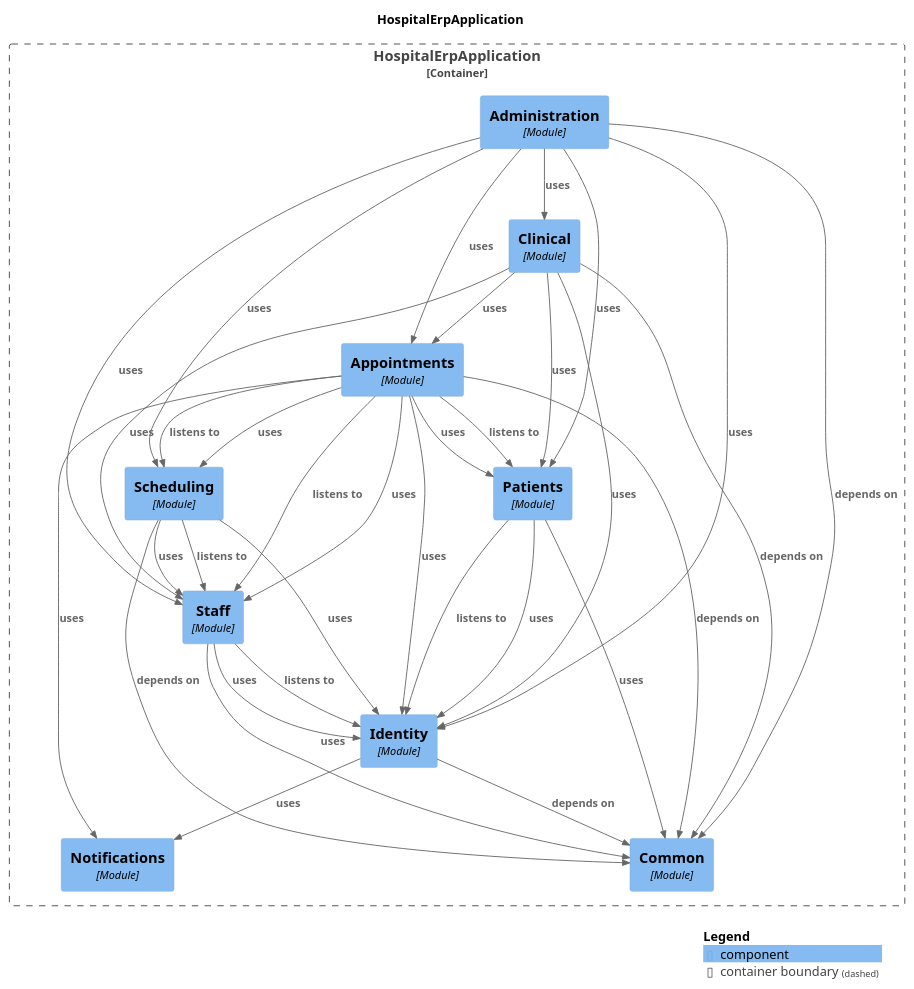
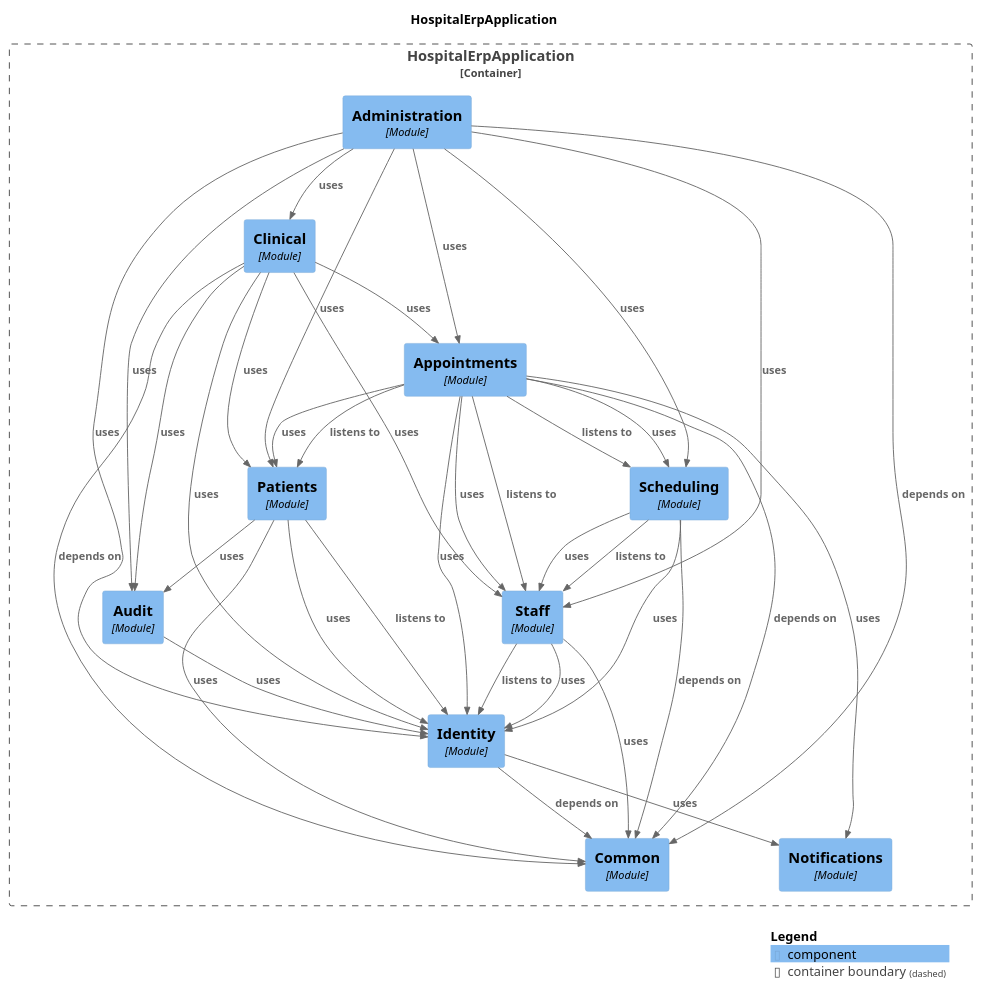
The diagram in docs/modules/components.puml (harshsharma5720/HospitalERP), drawn with PlantUML before and after one commit. The commit also changed 16 other files, not shown here.

```diff
--- a/docs/modules/components.puml
+++ b/docs/modules/components.puml
@@ -1,58 +1,63 @@
 @startuml
 set separator none
 title HospitalErpApplication
 
 top to bottom direction
 
 !include <C4/C4>
 !include <C4/C4_Context>
 !include <C4/C4_Component>
 
 Container_Boundary("HospitalErpApplication.HospitalErpApplication_boundary", "HospitalErpApplication", $tags="") {
+  Component(HospitalErpApplication.HospitalErpApplication.Appointments, "Appointments", $techn="Module", $descr="", $tags="", $link="")
   Component(HospitalErpApplication.HospitalErpApplication.Clinical, "Clinical", $techn="Module", $descr="", $tags="", $link="")
   Component(HospitalErpApplication.HospitalErpApplication.Administration, "Administration", $techn="Module", $descr="", $tags="", $link="")
   Component(HospitalErpApplication.HospitalErpApplication.Common, "Common", $techn="Module", $descr="", $tags="", $link="")
   Component(HospitalErpApplication.HospitalErpApplication.Notifications, "Notifications", $techn="Module", $descr="", $tags="", $link="")
   Component(HospitalErpApplication.HospitalErpApplication.Identity, "Identity", $techn="Module", $descr="", $tags="", $link="")
+  Component(HospitalErpApplication.HospitalErpApplication.Audit, "Audit", $techn="Module", $descr="", $tags="", $link="")
+  Component(HospitalErpApplication.HospitalErpApplication.Staff, "Staff", $techn="Module", $descr="", $tags="", $link="")
   Component(HospitalErpApplication.HospitalErpApplication.Patients, "Patients", $techn="Module", $descr="", $tags="", $link="")
-  Component(HospitalErpApplication.HospitalErpApplication.Staff, "Staff", $techn="Module", $descr="", $tags="", $link="")
   Component(HospitalErpApplication.HospitalErpApplication.Scheduling, "Scheduling", $techn="Module", $descr="", $tags="", $link="")
-  Component(HospitalErpApplication.HospitalErpApplication.Appointments, "Appointments", $techn="Module", $descr="", $tags="", $link="")
 }
 
-Rel(HospitalErpApplication.HospitalErpApplication.Identity, HospitalErpApplication.HospitalErpApplication.Common, "depends on", $techn="", $tags="", $link="")
-Rel(HospitalErpApplication.HospitalErpApplication.Identity, HospitalErpApplication.HospitalErpApplication.Notifications, "uses", $techn="", $tags="", $link="")
+Rel(HospitalErpApplication.HospitalErpApplication.Administration, HospitalErpApplication.HospitalErpApplication.Common, "depends on", $techn="", $tags="", $link="")
+Rel(HospitalErpApplication.HospitalErpApplication.Administration, HospitalErpApplication.HospitalErpApplication.Identity, "uses", $techn="", $tags="", $link="")
+Rel(HospitalErpApplication.HospitalErpApplication.Administration, HospitalErpApplication.HospitalErpApplication.Patients, "uses", $techn="", $tags="", $link="")
+Rel(HospitalErpApplication.HospitalErpApplication.Administration, HospitalErpApplication.HospitalErpApplication.Staff, "uses", $techn="", $tags="", $link="")
+Rel(HospitalErpApplication.HospitalErpApplication.Administration, HospitalErpApplication.HospitalErpApplication.Audit, "uses", $techn="", $tags="", $link="")
+Rel(HospitalErpApplication.HospitalErpApplication.Administration, HospitalErpApplication.HospitalErpApplication.Appointments, "uses", $techn="", $tags="", $link="")
+Rel(HospitalErpApplication.HospitalErpApplication.Administration, HospitalErpApplication.HospitalErpApplication.Clinical, "uses", $techn="", $tags="", $link="")
+Rel(HospitalErpApplication.HospitalErpApplication.Administration, HospitalErpApplication.HospitalErpApplication.Scheduling, "uses", $techn="", $tags="", $link="")
+Rel(HospitalErpApplication.HospitalErpApplication.Staff, HospitalErpApplication.HospitalErpApplication.Identity, "listens to", $techn="", $tags="", $link="")
+Rel(HospitalErpApplication.HospitalErpApplication.Staff, HospitalErpApplication.HospitalErpApplication.Identity, "uses", $techn="", $tags="", $link="")
+Rel(HospitalErpApplication.HospitalErpApplication.Staff, HospitalErpApplication.HospitalErpApplication.Common, "uses", $techn="", $tags="", $link="")
 Rel(HospitalErpApplication.HospitalErpApplication.Scheduling, HospitalErpApplication.HospitalErpApplication.Staff, "listens to", $techn="", $tags="", $link="")
 Rel(HospitalErpApplication.HospitalErpApplication.Scheduling, HospitalErpApplication.HospitalErpApplication.Common, "depends on", $techn="", $tags="", $link="")
 Rel(HospitalErpApplication.HospitalErpApplication.Scheduling, HospitalErpApplication.HospitalErpApplication.Staff, "uses", $techn="", $tags="", $link="")
 Rel(HospitalErpApplication.HospitalErpApplication.Scheduling, HospitalErpApplication.HospitalErpApplication.Identity, "uses", $techn="", $tags="", $link="")
+Rel(HospitalErpApplication.HospitalErpApplication.Identity, HospitalErpApplication.HospitalErpApplication.Common, "depends on", $techn="", $tags="", $link="")
+Rel(HospitalErpApplication.HospitalErpApplication.Identity, HospitalErpApplication.HospitalErpApplication.Notifications, "uses", $techn="", $tags="", $link="")
+Rel(HospitalErpApplication.HospitalErpApplication.Audit, HospitalErpApplication.HospitalErpApplication.Identity, "uses", $techn="", $tags="", $link="")
 Rel(HospitalErpApplication.HospitalErpApplication.Appointments, HospitalErpApplication.HospitalErpApplication.Staff, "listens to", $techn="", $tags="", $link="")
 Rel(HospitalErpApplication.HospitalErpApplication.Appointments, HospitalErpApplication.HospitalErpApplication.Patients, "listens to", $techn="", $tags="", $link="")
 Rel(HospitalErpApplication.HospitalErpApplication.Appointments, HospitalErpApplication.HospitalErpApplication.Scheduling, "listens to", $techn="", $tags="", $link="")
 Rel(HospitalErpApplication.HospitalErpApplication.Appointments, HospitalErpApplication.HospitalErpApplication.Common, "depends on", $techn="", $tags="", $link="")
 Rel(HospitalErpApplication.HospitalErpApplication.Appointments, HospitalErpApplication.HospitalErpApplication.Patients, "uses", $techn="", $tags="", $link="")
 Rel(HospitalErpApplication.HospitalErpApplication.Appointments, HospitalErpApplication.HospitalErpApplication.Staff, "uses", $techn="", $tags="", $link="")
 Rel(HospitalErpApplication.HospitalErpApplication.Appointments, HospitalErpApplication.HospitalErpApplication.Scheduling, "uses", $techn="", $tags="", $link="")
 Rel(HospitalErpApplication.HospitalErpApplication.Appointments, HospitalErpApplication.HospitalErpApplication.Identity, "uses", $techn="", $tags="", $link="")
 Rel(HospitalErpApplication.HospitalErpApplication.Appointments, HospitalErpApplication.HospitalErpApplication.Notifications, "uses", $techn="", $tags="", $link="")
-Rel(HospitalErpApplication.HospitalErpApplication.Administration, HospitalErpApplication.HospitalErpApplication.Common, "depends on", $techn="", $tags="", $link="")
-Rel(HospitalErpApplication.HospitalErpApplication.Administration, HospitalErpApplication.HospitalErpApplication.Identity, "uses", $techn="", $tags="", $link="")
-Rel(HospitalErpApplication.HospitalErpApplication.Administration, HospitalErpApplication.HospitalErpApplication.Patients, "uses", $techn="", $tags="", $link="")
-Rel(HospitalErpApplication.HospitalErpApplication.Administration, HospitalErpApplication.HospitalErpApplication.Staff, "uses", $techn="", $tags="", $link="")
-Rel(HospitalErpApplication.HospitalErpApplication.Administration, HospitalErpApplication.HospitalErpApplication.Appointments, "uses", $techn="", $tags="", $link="")
-Rel(HospitalErpApplication.HospitalErpApplication.Administration, HospitalErpApplication.HospitalErpApplication.Clinical, "uses", $techn="", $tags="", $link="")
-Rel(HospitalErpApplication.HospitalErpApplication.Administration, HospitalErpApplication.HospitalErpApplication.Scheduling, "uses", $techn="", $tags="", $link="")
-Rel(HospitalErpApplication.HospitalErpApplication.Patients, HospitalErpApplication.HospitalErpApplication.Identity, "listens to", $techn="", $tags="", $link="")
-Rel(HospitalErpApplication.HospitalErpApplication.Patients, HospitalErpApplication.HospitalErpApplication.Identity, "uses", $techn="", $tags="", $link="")
-Rel(HospitalErpApplication.HospitalErpApplication.Patients, HospitalErpApplication.HospitalErpApplication.Common, "uses", $techn="", $tags="", $link="")
-Rel(HospitalErpApplication.HospitalErpApplication.Staff, HospitalErpApplication.HospitalErpApplication.Identity, "listens to", $techn="", $tags="", $link="")
-Rel(HospitalErpApplication.HospitalErpApplication.Staff, HospitalErpApplication.HospitalErpApplication.Identity, "uses", $techn="", $tags="", $link="")
-Rel(HospitalErpApplication.HospitalErpApplication.Staff, HospitalErpApplication.HospitalErpApplication.Common, "uses", $techn="", $tags="", $link="")
 Rel(HospitalErpApplication.HospitalErpApplication.Clinical, HospitalErpApplication.HospitalErpApplication.Common, "depends on", $techn="", $tags="", $link="")
 Rel(HospitalErpApplication.HospitalErpApplication.Clinical, HospitalErpApplication.HospitalErpApplication.Appointments, "uses", $techn="", $tags="", $link="")
 Rel(HospitalErpApplication.HospitalErpApplication.Clinical, HospitalErpApplication.HospitalErpApplication.Staff, "uses", $techn="", $tags="", $link="")
 Rel(HospitalErpApplication.HospitalErpApplication.Clinical, HospitalErpApplication.HospitalErpApplication.Patients, "uses", $techn="", $tags="", $link="")
 Rel(HospitalErpApplication.HospitalErpApplication.Clinical, HospitalErpApplication.HospitalErpApplication.Identity, "uses", $techn="", $tags="", $link="")
+Rel(HospitalErpApplication.HospitalErpApplication.Clinical, HospitalErpApplication.HospitalErpApplication.Audit, "uses", $techn="", $tags="", $link="")
+Rel(HospitalErpApplication.HospitalErpApplication.Patients, HospitalErpApplication.HospitalErpApplication.Identity, "listens to", $techn="", $tags="", $link="")
+Rel(HospitalErpApplication.HospitalErpApplication.Patients, HospitalErpApplication.HospitalErpApplication.Identity, "uses", $techn="", $tags="", $link="")
+Rel(HospitalErpApplication.HospitalErpApplication.Patients, HospitalErpApplication.HospitalErpApplication.Common, "uses", $techn="", $tags="", $link="")
+Rel(HospitalErpApplication.HospitalErpApplication.Patients, HospitalErpApplication.HospitalErpApplication.Audit, "uses", $techn="", $tags="", $link="")
 
 SHOW_LEGEND(true)
 @enduml
```
